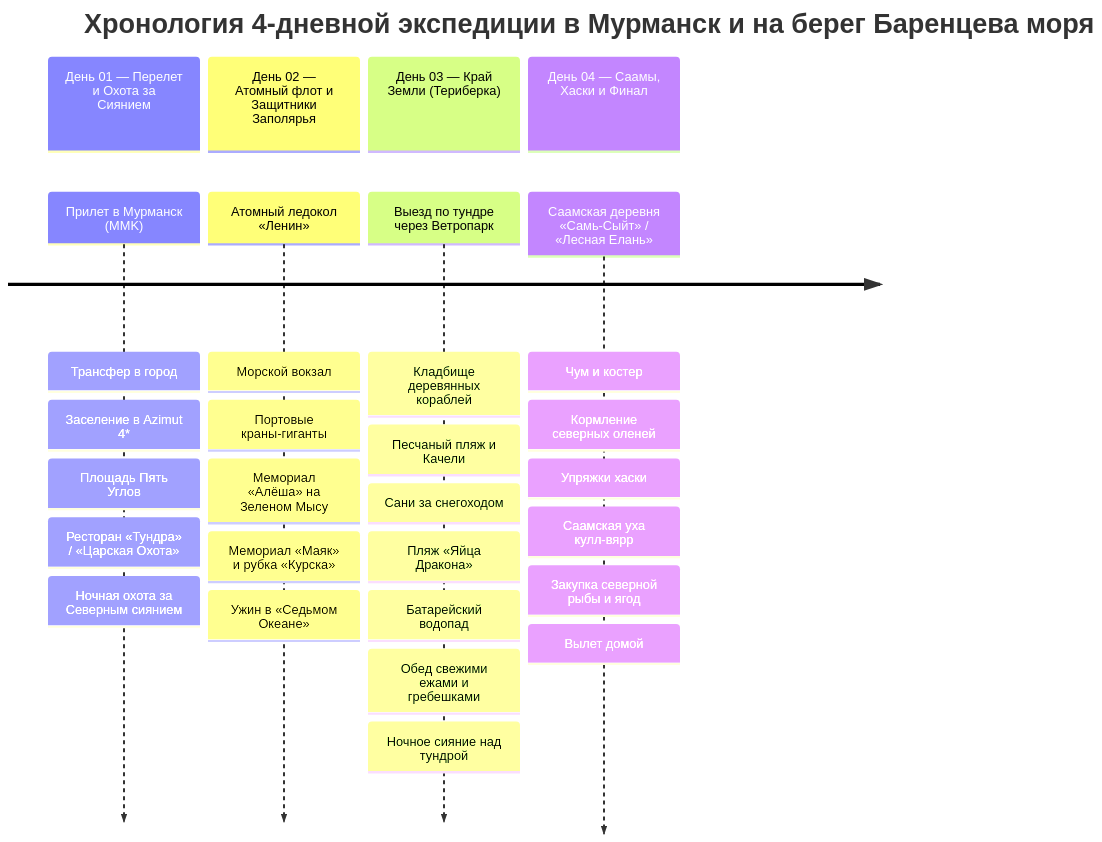
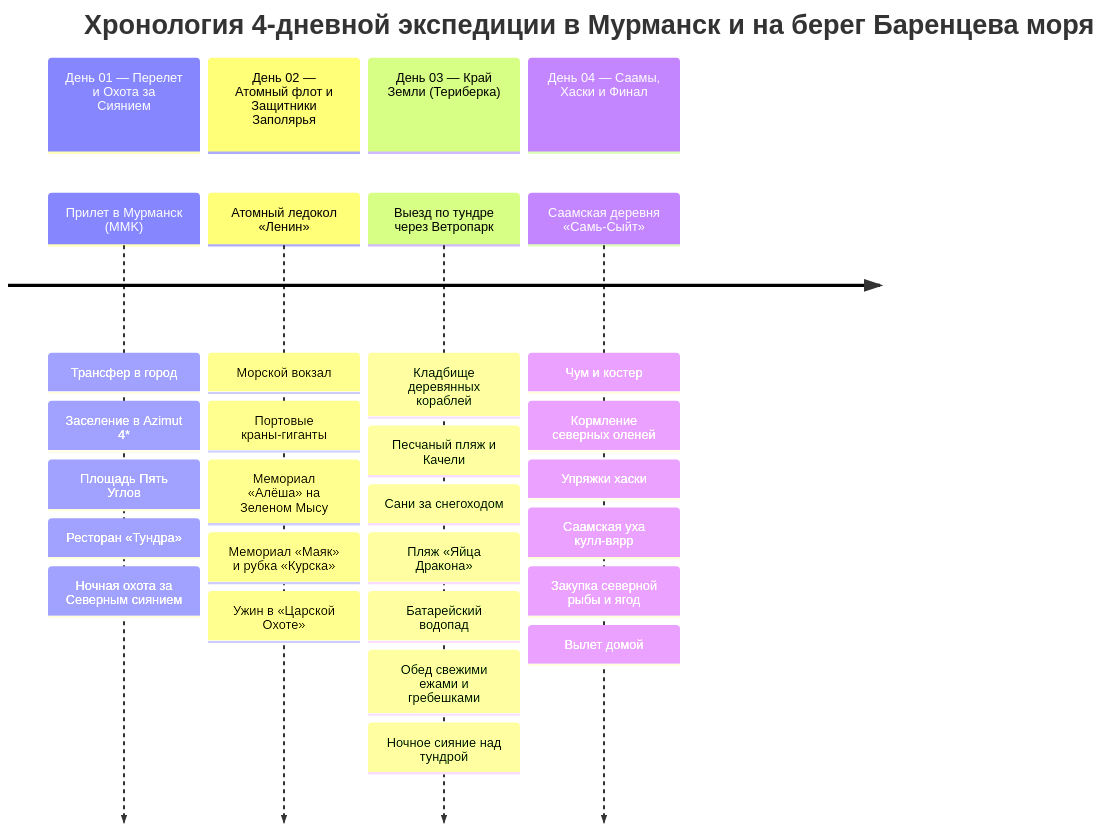
One commit to injurka/obsidian-mark changed the diagram in Personal Note/Travel/-- Murmansk/Murmansk.md. Above: the diagram before and after it, drawn with Mermaid. The commit also changed other lines of this file and 17 other files, not shown here.

````diff
--- a/Personal Note/Travel/-- Murmansk/Murmansk.md
+++ b/Personal Note/Travel/-- Murmansk/Murmansk.md
@@ -9,12 +9,12 @@
 ```mermaid
 timeline
     title Хронология 4-дневной экспедиции в Мурманск и на берег Баренцева моря
     section День 01 — Перелет и Охота за Сиянием
-        Прилет в Мурманск (MMK) : Трансфер в город : Заселение в Azimut 4* : Площадь Пять Углов : Ресторан «Тундра» / «Царская Охота» : Ночная охота за Северным сиянием
+        Прилет в Мурманск (MMK) : Трансфер в город : Заселение в Azimut 4* : Площадь Пять Углов : Ресторан «Тундра» : Ночная охота за Северным сиянием
     section День 02 — Атомный флот и Защитники Заполярья
-        Атомный ледокол «Ленин» : Морской вокзал : Портовые краны-гиганты : Мемориал «Алёша» на Зеленом Мысу : Мемориал «Маяк» и рубка «Курска» : Ужин в «Седьмом Океане»
+        Атомный ледокол «Ленин» : Морской вокзал : Портовые краны-гиганты : Мемориал «Алёша» на Зеленом Мысу : Мемориал «Маяк» и рубка «Курска» : Ужин в «Царской Охоте»
     section День 03 — Край Земли (Териберка)
         Выезд по тундре через Ветропарк : Кладбище деревянных кораблей : Песчаный пляж и Качели : Сани за снегоходом : Пляж «Яйца Дракона» : Батарейский водопад : Обед свежими ежами и гребешками : Ночное сияние над тундрой
     section День 04 — Саамы, Хаски и Финал
-        Саамская деревня «Самь-Сыйт» / «Лесная Елань» : Чум и костер : Кормление северных оленей : Упряжки хаски : Саамская уха кулл-вярр : Закупка северной рыбы и ягод : Вылет домой
+        Саамская деревня «Самь-Сыйт» : Чум и костер : Кормление северных оленей : Упряжки хаски : Саамская уха кулл-вярр : Закупка северной рыбы и ягод : Вылет домой
 ```
````
